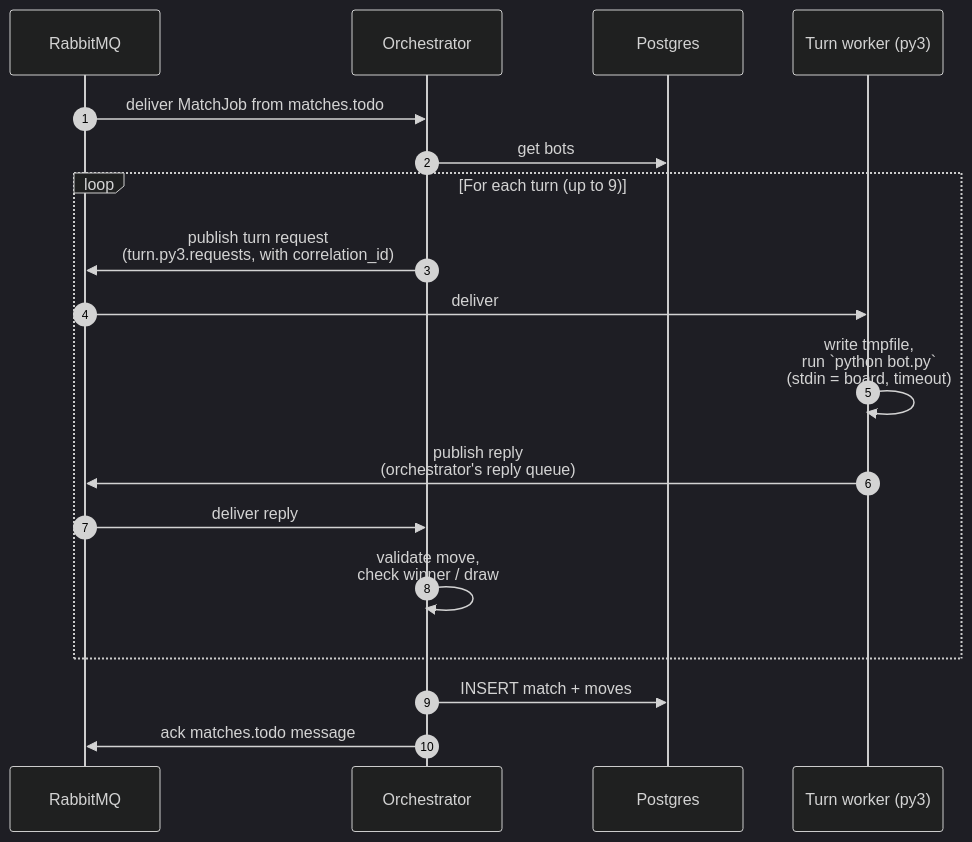
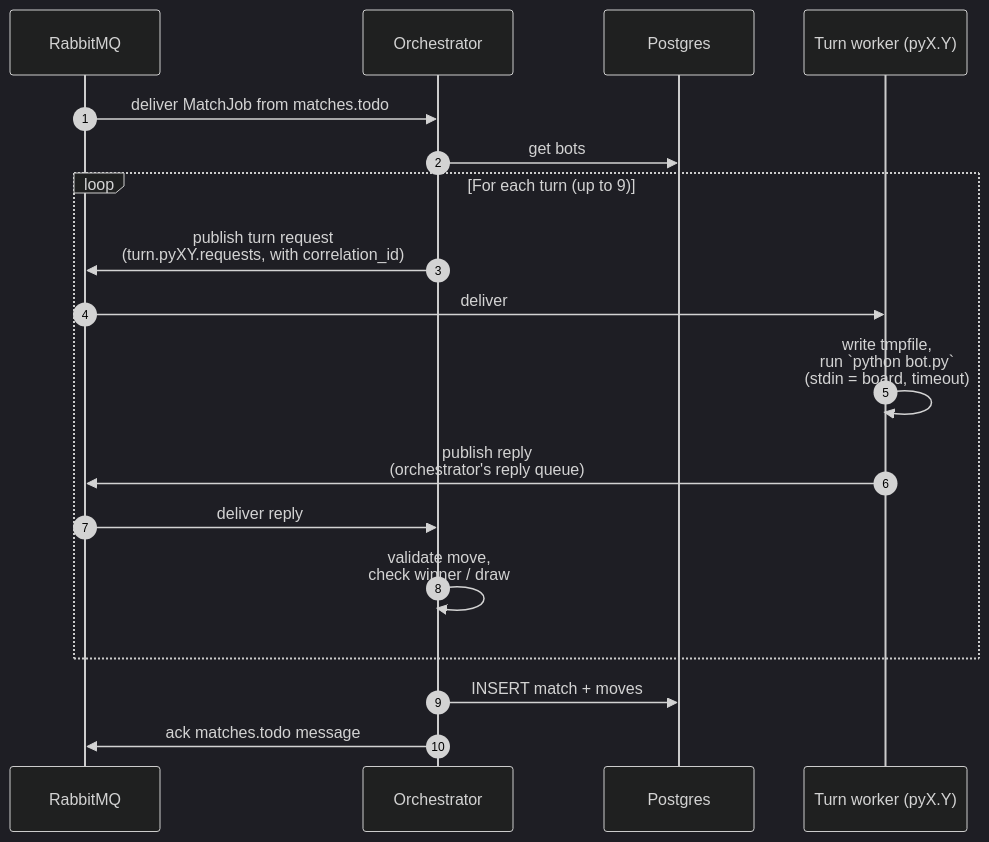
Before and after one commit to pyowa/june-2026-tictactoe-bots: the third of 3 diagrams in README.md, drawn with Mermaid (dark theme). The commit also changed other lines of this file and 8 other files, not shown here.

````diff
--- a/README.md
+++ b/README.md
@@ -159,23 +159,23 @@
 ```mermaid
 sequenceDiagram
     autonumber
     participant RMQ as RabbitMQ
     participant Orch as Orchestrator
     participant DB as Postgres
-    participant Worker as Turn worker (py3)
+    participant Worker as Turn worker (pyX.Y)
 
     RMQ->>Orch: deliver MatchJob from matches.todo
     Orch->>DB: get bots
 
     loop For each turn (up to 9)
-        Orch->>RMQ: publish turn request<br/>(turn.py3.requests, with correlation_id)
+        Orch->>RMQ: publish turn request<br/>(turn.pyXY.requests, with correlation_id)
         RMQ->>Worker: deliver
         Worker->>Worker: write tmpfile,<br/>run `python bot.py`<br/>(stdin = board, timeout)
         Worker->>RMQ: publish reply<br/>(orchestrator's reply queue)
         RMQ->>Orch: deliver reply
         Orch->>Orch: validate move,<br/>check winner / draw
     end
 
     Orch->>DB: INSERT match + moves
     Orch->>RMQ: ack matches.todo message
 ```
````
